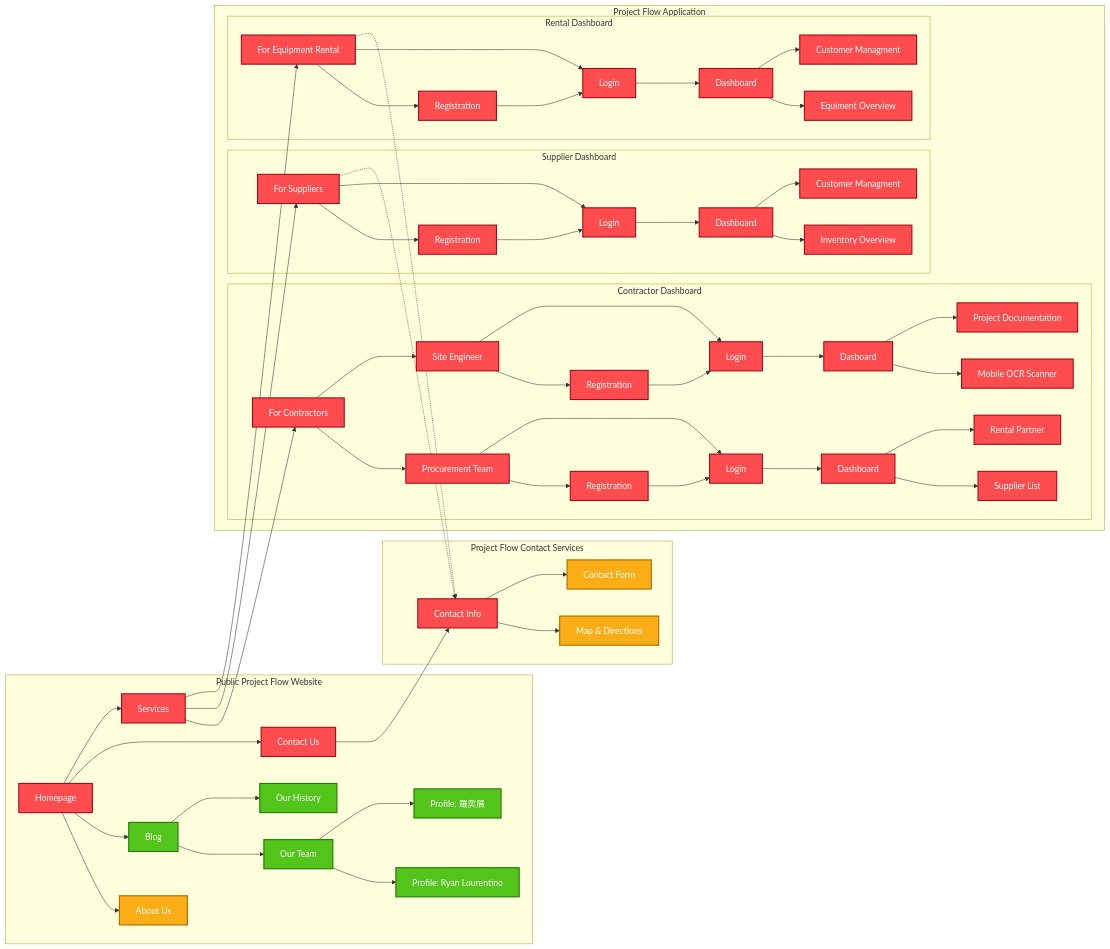
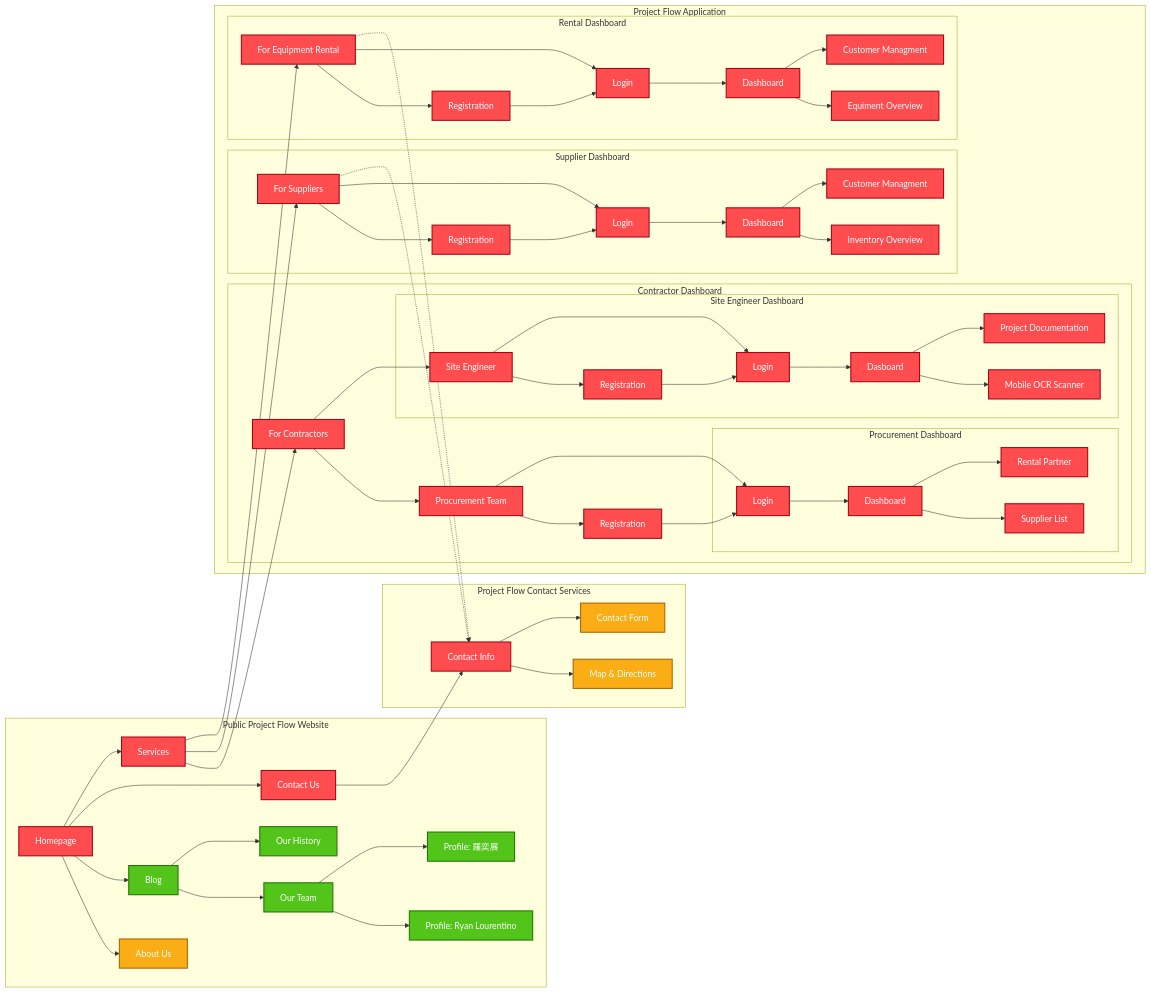
One commit to ryanlourentino/project-flow changed the diagram in README.md. Above: the diagram before and after it, drawn with Mermaid.

Commit message:
Update README with new dashboard sections
Add Procurement and Site Engineer Dashboards to README

```diff
--- a/README.md
+++ b/README.md
@@ -59,16 +59,24 @@
 			Pro1 --> Pro2["Registration"]
 			Pro1 --> Pro3["Login"]
 			Pro2 --> Pro3
+
+			%% Procurement Dashboard
+			subgraph Procurement["Procurement Dashboard"]
 			Pro3 --> Pro4["Dashboard"]
 			Pro4 --> Pro5["Supplier List"]
 			Pro4 --> Pro6["Rental Partner"]
 
+			end
+
+			%% Site Engineer Dashboard
+			subgraph Site Engineer["Site Engineer Dashboard"]
 			SE1 --> SE2["Registration"]
 			SE1 --> SE3["Login"]
 			SE2 --> SE3
 			SE3 --> SE4["Dasboard"]
 			SE4 --> SE5["Mobile OCR Scanner"]
 			SE4 --> SE6["Project Documentation"]
+			end
 		end
 
 		%% Supplier Homepage
```
